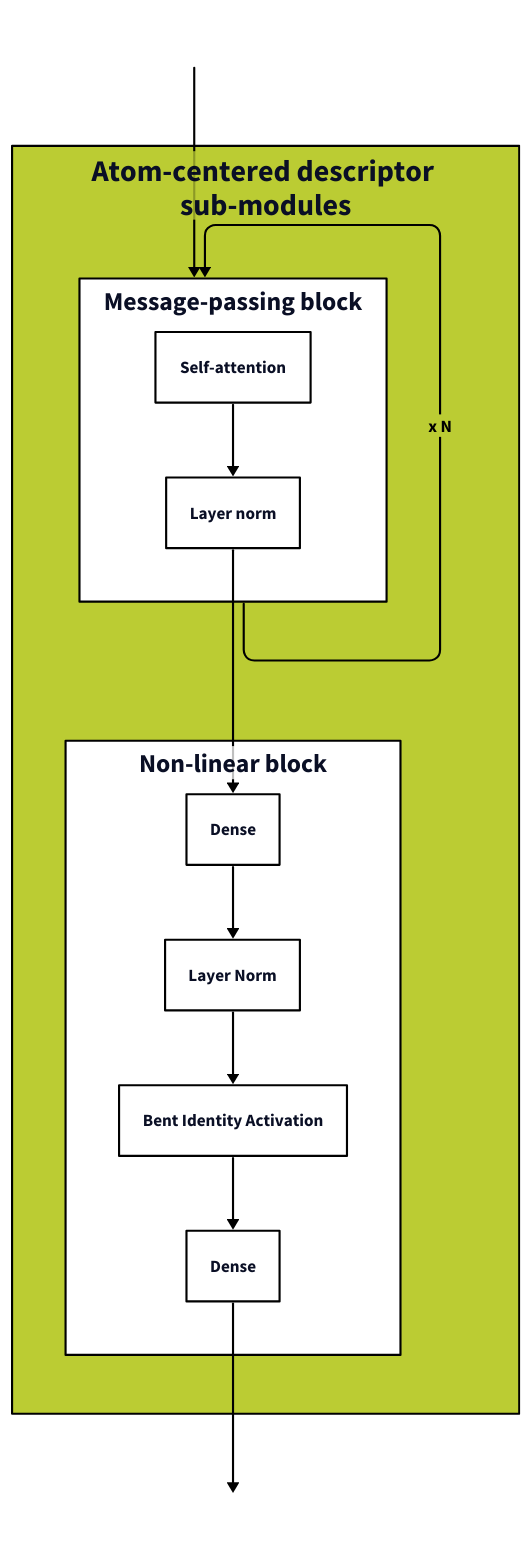
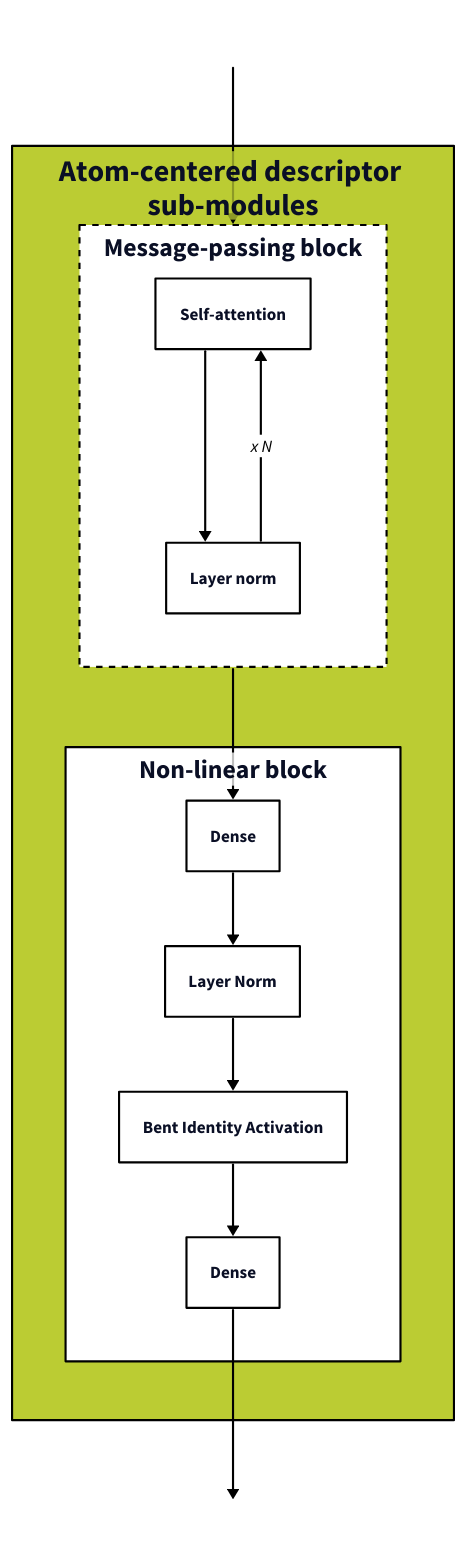
The diagram in architecture_figures/2b_ac_submodules.d2 (SamsungDS/gears_h), drawn with D2 before and after one commit. The commit also changed 1 other file, not shown here.

Commit message:
Cleaned up the AC architecture diagrams.

```diff
--- a/architecture_figures/2b_ac_submodules.d2
+++ b/architecture_figures/2b_ac_submodules.d2
@@ -1,113 +1,116 @@
+# direction: right
+
 ac: Atom-centered descriptor \n sub-modules {
     class: ac
     mp_block:  Message-passing block {
         class: in_module
         direction: right
+        style: {stroke-dash: 3}
         sa: Self-attention {class: in_module}
         mpln: Layer norm{class: in_module}
         sa -> mpln: {style: {stroke: "#000000"; font-color: black}}
         # mpln -> sa: x number of message-passing steps {style: {stroke: "#000000"; font-color: black}}
     }
     nl_block: Non-linear block {
         class: in_module
         nld1: Dense {class: in_module}
         nld2: Dense {class: in_module}
         nlln: Layer Norm {class: in_module}
         nlbia: Bent Identity Activation {class: in_module}
         nld1 -> nlln -> nlbia -> nld2: {style: {stroke: "#000000"; font-color: black}}
     }
-    mp_block -> mp_block: x N {style: {stroke: "#000000"; font-color: black; bold: true}}
+    mp_block.mpln -> mp_block.sa: x N {style: {stroke: "#000000"; font-color: black; italic: true}}
 
-    mp_block.mpln -> nl_block.nld1: {style: {stroke: "#000000"; font-color: black}}
+    mp_block -> nl_block.nld1: {style: {stroke: "#000000"; font-color: black}}
 }
 embedding_for_rescon: {class: empty; label: ""}
 indexed_sum_for_mp: {class: empty; label: ""}
 indexed_sum_for_mp -> ac.mp_block: {style: {stroke: "#000000"; font-color: black}}
 nlout: {class: empty; label: ""}
 ac.nl_block.nld2 -> nlout: {style: {stroke: "#000000"; font-color: black}}
 
 # embedding_for_rescon -> ac.nl_block.nlrescon: Reesidual connection {style: {stroke: "#000000"; font-color: black}}
 
 classes: {
     operator: {shape: circle
                width: 35
                height: 35
                style: {fill: "#FFFFFF"
                        stroke: "#000000"
                     #    font: mono
                       }
     }
     empty: {
             # label: ""
             width: 50
             height: 50
             style: {
                 fill: transparent
                 stroke: transparent
                 font-size: 24
             }
     }
     sarb: {
         style: {
             fill: "#44BB99"
             stroke: "#000000"
         }
     }
     in_module: {
         style: {
             fill: "#FFFFFF"
             stroke: "#000000"
             bold: true
             # opacity: 0.5
         }
     }
     ac: {
         style: {
             fill: "#BBCC33"
             stroke: "#000000"
             bold: true
         }
     }
     bc: {
         style: {
             fill: "#EEDD88"
             stroke: "#000000"
         }
     }
     rd: {
         style: {
             fill: "#EE8866"
             stroke: "#000000"
         }
     }
     ro: {
         style: {
             fill: "#FFAABB"
             stroke: "#000000"
         }
     }
     outs: {
         style: {
             fill: "#DDDDDD"
             stroke: "#000000"
             multiple: true
         }
     }
     input : {
         # label: ""
         width: 50
         height: 50
         style: {
             fill: "#99DDFF"
             stroke: "#000000"
             multiple: true
         }
     }
 }
 
 vars: {
     d2-config: {
       layout-engine: elk
     #   theme-id: 101
     }
 }
```
